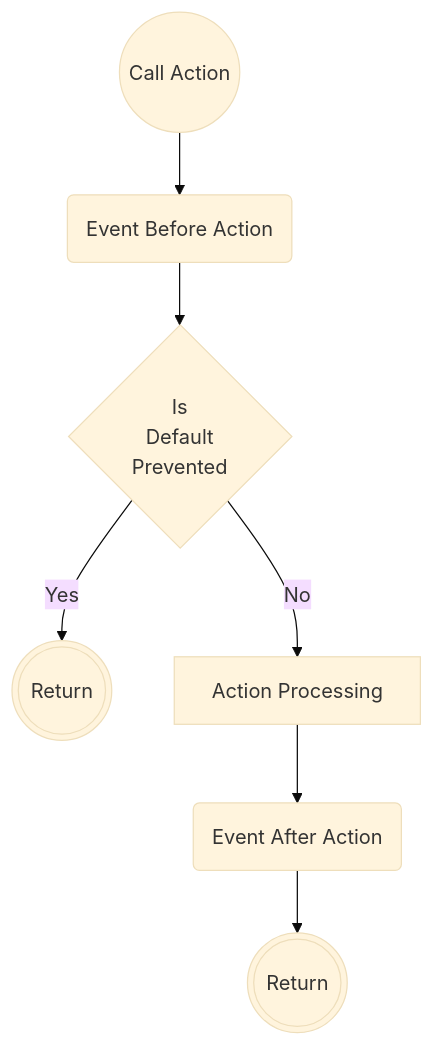
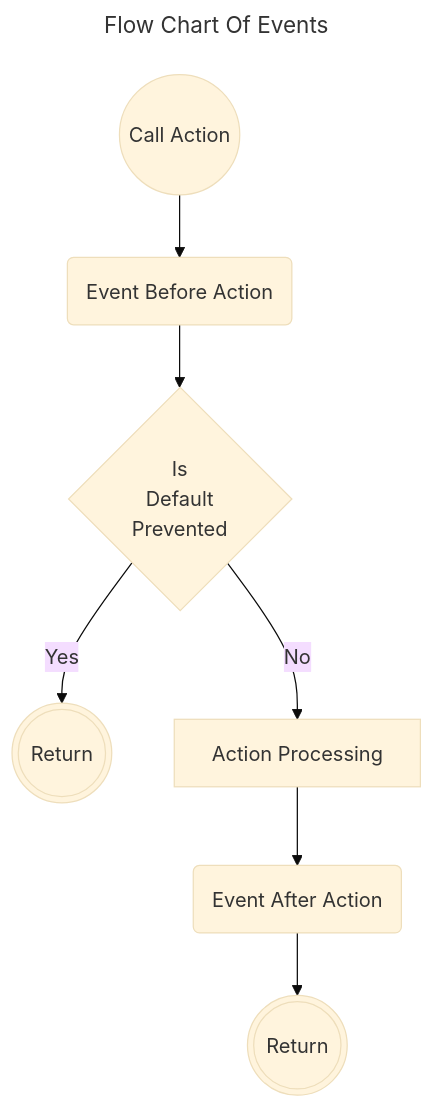
One commit to yiisoft/active-record changed the diagram in docs/traits/events.md. Above: the diagram before and after it, drawn with Mermaid (base theme).

Commit message:
Add a title to the chart

````diff
--- a/docs/traits/events.md
+++ b/docs/traits/events.md
@@ -5,10 +5,13 @@
 ```mermaid
+---
+title: Flow Chart Of Events
+---
 flowchart TD
     Start((Call Action))
     Start --> Before(Event Before Action)
     Before --> DefaultPrevented{Is<br>Default<br>Prevented}
     DefaultPrevented -- Yes --> Return(((Return)))
     DefaultPrevented -- No --> Action[Action Processing]
     Action --> After(Event After Action)
     After --> Finish(((Return)))
 ```
````
